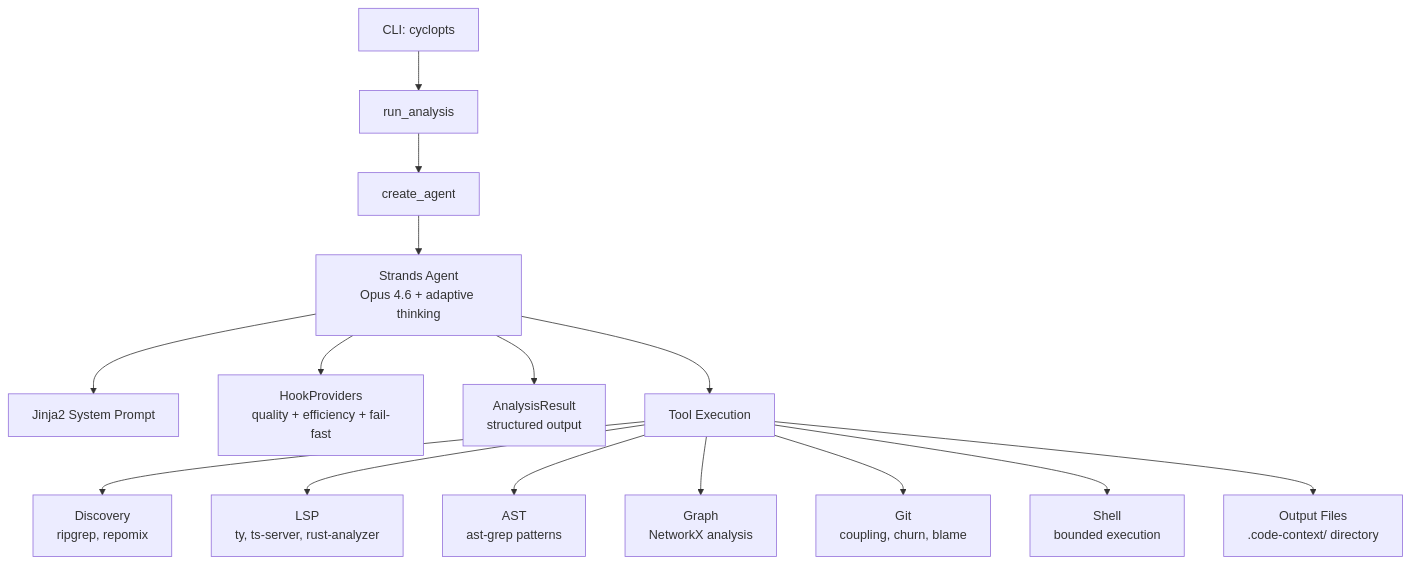
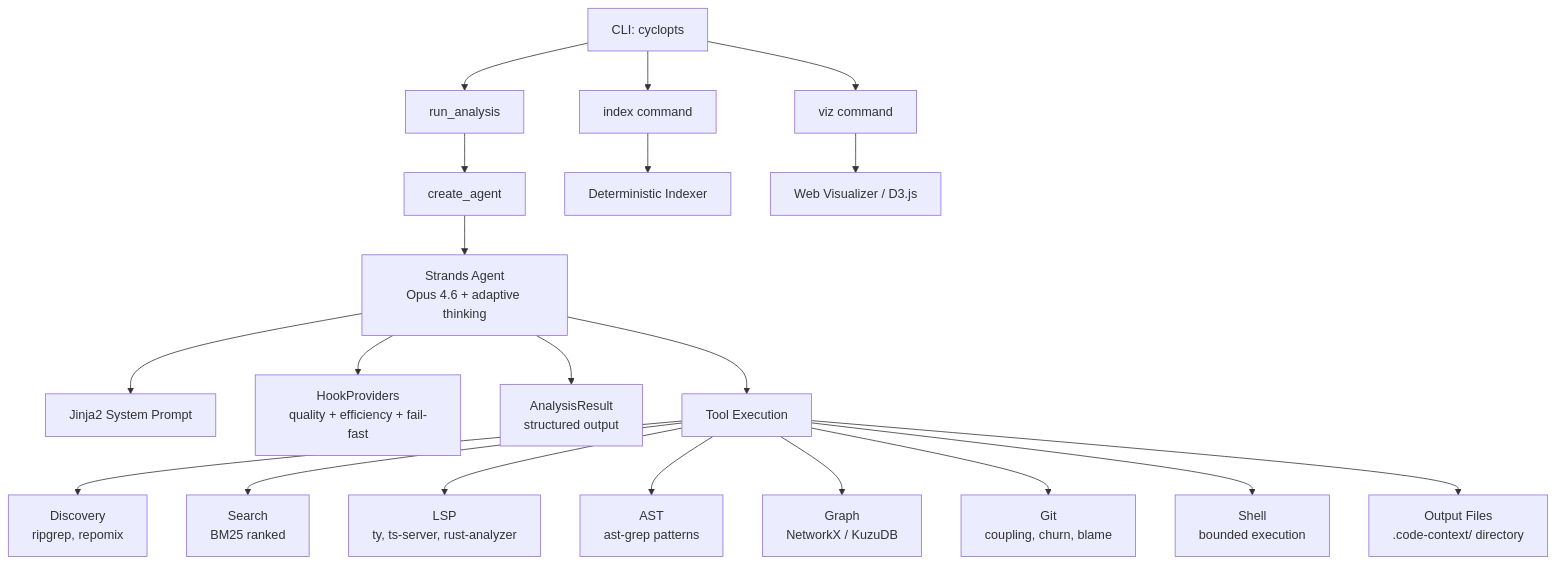
The diagram in docs/index.md (theagenticguy/code-context-agent), drawn with Mermaid before and after one commit. The commit also changed other lines of this file and 22 other files, not shown here.

````diff
--- a/docs/index.md
+++ b/docs/index.md
@@ -36,17 +40,22 @@
 ```mermaid
 flowchart TD
     A[CLI: cyclopts] --> B[run_analysis]
+    A --> IDX[index command]
+    A --> VIZ[viz command]
     B --> C[create_agent]
+    IDX --> IDXP[Deterministic Indexer]
+    VIZ --> VIZS[Web Visualizer / D3.js]
     C --> D[Strands Agent<br/>Opus 4.6 + adaptive thinking]
     D --> E[Jinja2 System Prompt]
     D --> F[HookProviders<br/>quality + efficiency + fail-fast]
     D --> G[AnalysisResult<br/>structured output]
     D --> H[Tool Execution]
     H --> I[Discovery<br/>ripgrep, repomix]
+    H --> S[Search<br/>BM25 ranked]
     H --> J[LSP<br/>ty, ts-server, rust-analyzer]
     H --> K[AST<br/>ast-grep patterns]
-    H --> L[Graph<br/>NetworkX analysis]
+    H --> L[Graph<br/>NetworkX / KuzuDB]
     H --> M[Git<br/>coupling, churn, blame]
     H --> N[Shell<br/>bounded execution]
     H --> O[Output Files<br/>.code-context/ directory]
 ```
````
